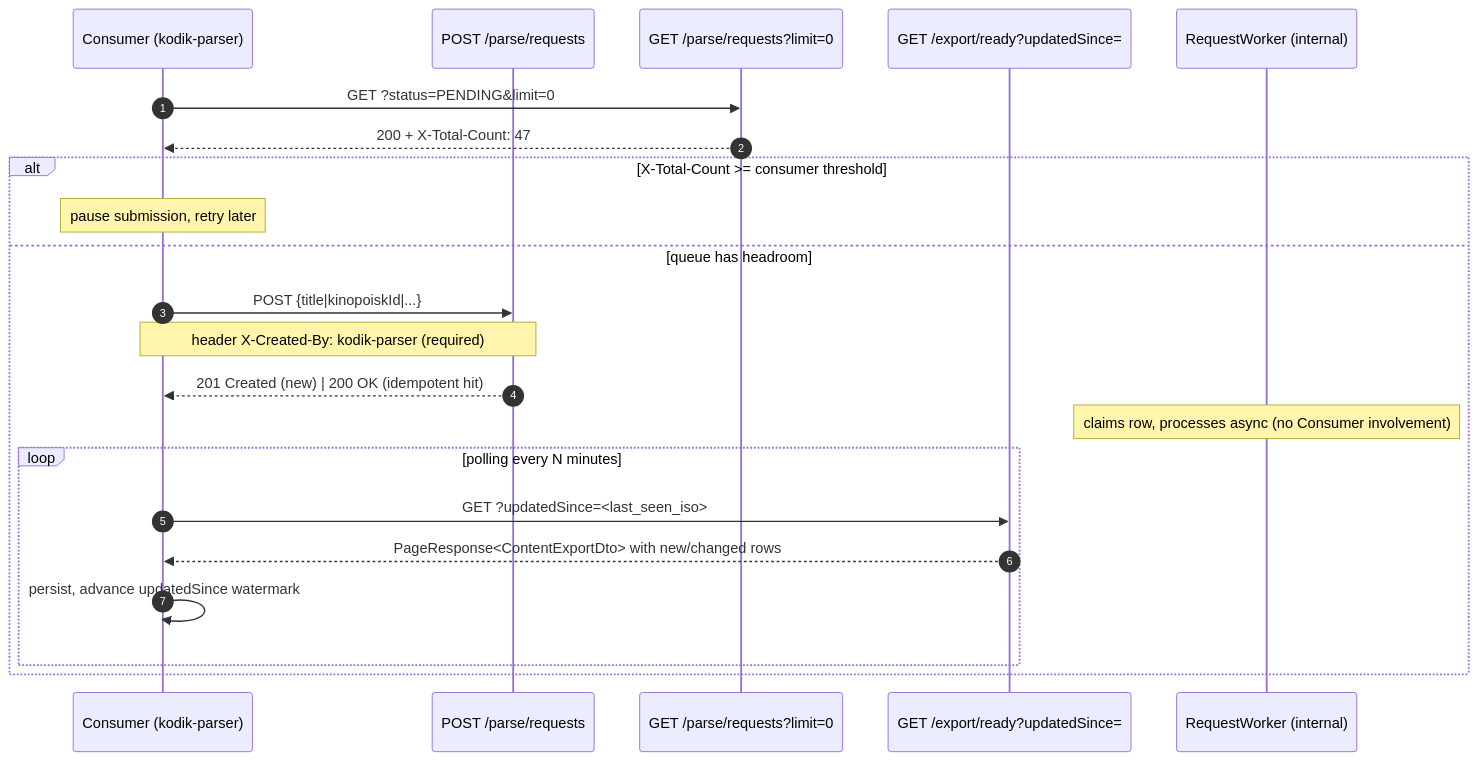
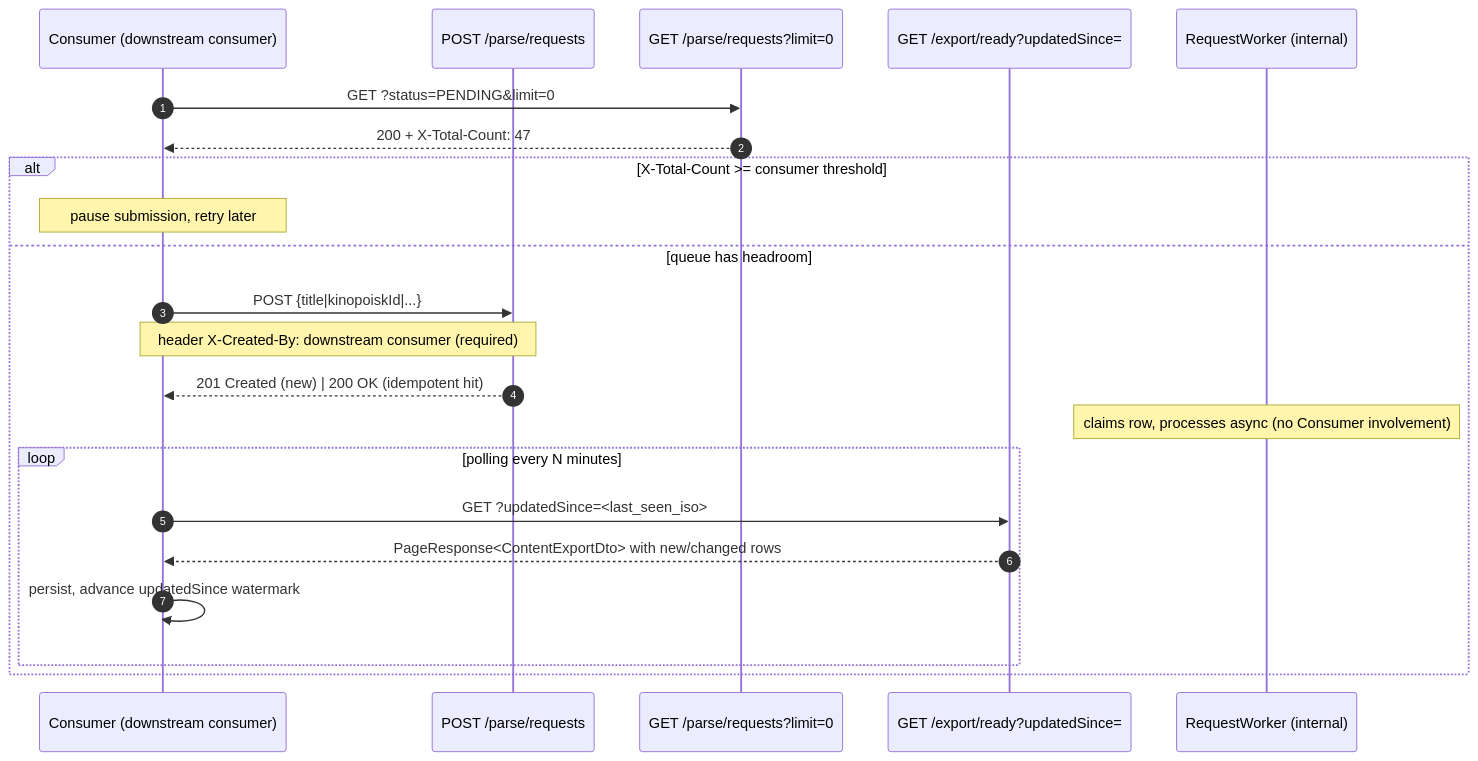
The diagram in docs-site/src/content/docs/operations/kodik-parser-integration.md (Samehadar/orinuno), drawn with Mermaid before and after one commit. The commit also changed other lines of this file and 39 other files, not shown here.

````diff
--- a/docs-site/src/content/docs/operations/kodik-parser-integration.md
+++ b/docs-site/src/content/docs/operations/kodik-parser-integration.md
@@ -42,25 +42,25 @@
 ```mermaid
 sequenceDiagram
     autonumber
-    participant Consumer as Consumer (kodik-parser)
+    participant Consumer as Consumer (downstream consumer)
     participant Submit as POST /parse/requests
     participant Backpressure as GET /parse/requests?limit=0
     participant Export as GET /export/ready?updatedSince=
     participant Worker as RequestWorker (internal)
 
     Consumer->>Backpressure: GET ?status=PENDING&limit=0
     Backpressure-->>Consumer: 200 + X-Total-Count: 47
     alt X-Total-Count >= consumer threshold
         Note over Consumer: pause submission, retry later
     else queue has headroom
         Consumer->>Submit: POST {title|kinopoiskId|...}
-        Note over Consumer,Submit: header X-Created-By: kodik-parser (required)
+        Note over Consumer,Submit: header X-Created-By: downstream consumer (required)
         Submit-->>Consumer: 201 Created (new) | 200 OK (idempotent hit)
         Note over Worker: claims row, processes async (no Consumer involvement)
         loop polling every N minutes
             Consumer->>Export: GET ?updatedSince=<last_seen_iso>
             Export-->>Consumer: PageResponse<ContentExportDto> with new/changed rows
             Consumer->>Consumer: persist, advance updatedSince watermark
         end
     end
 ```
````
